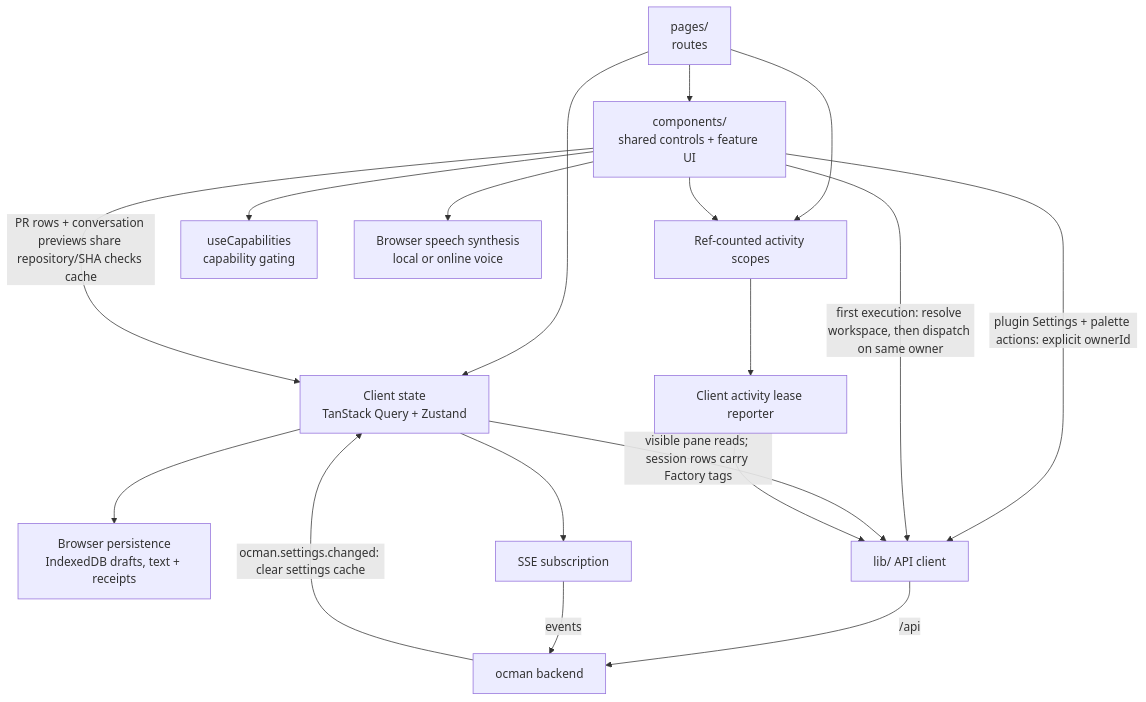
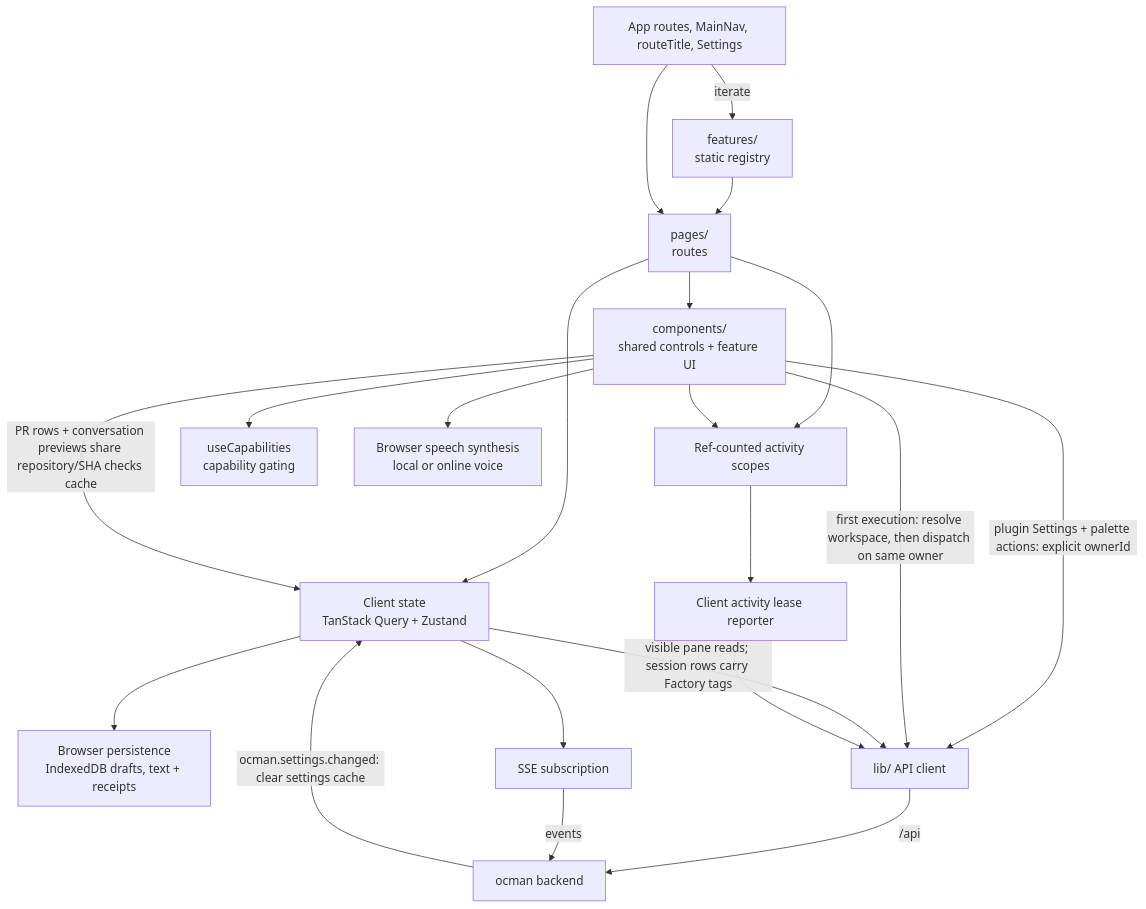
Before and after one commit to ocman/ocman: the fourth of 5 diagrams in docs/other/architecture.md, drawn with Mermaid. The commit also changed other lines of this file and 10 other files, not shown here.

Commit message:
refactor(frontend): register feature routes, nav and settings in a static registry

````diff
--- a/docs/other/architecture.md
+++ b/docs/other/architecture.md
@@ -571,20 +571,23 @@
 ```mermaid
 flowchart TD
+    Shell[App routes, MainNav, routeTitle, Settings] -->|iterate| Features[features/<br/>static registry]
+    Features --> Pages
+    Shell --> Pages
     Pages[pages/<br/>routes] --> Comp[components/<br/>shared controls + feature UI]
     Pages --> Stores[Client state<br/>TanStack Query + Zustand]
     Stores --> Persistence[Browser persistence<br/>IndexedDB drafts, text + receipts]
     Comp -->|PR rows + conversation previews share repository/SHA checks cache| Stores
     Comp -->|plugin Settings + palette actions: explicit ownerId| API
     Comp -->|first execution: resolve workspace, then dispatch on same owner| API
     Stores -->|visible pane reads; session rows carry Factory tags| API[lib/ API client]
     Stores --> SSE[SSE subscription]
     Pages --> Scopes[Ref-counted activity scopes]
     Comp --> Scopes
     Scopes --> Reporter[Client activity lease reporter]
     Reporter --> API
     API -->|/api| Hub[ocman backend]
     SSE -->|events| Hub
     Hub -->|ocman.settings.changed: clear settings cache| Stores
     Comp --> Caps[useCapabilities<br/>capability gating]
     Comp --> Speech[Browser speech synthesis<br/>local or online voice]
 ```
````
